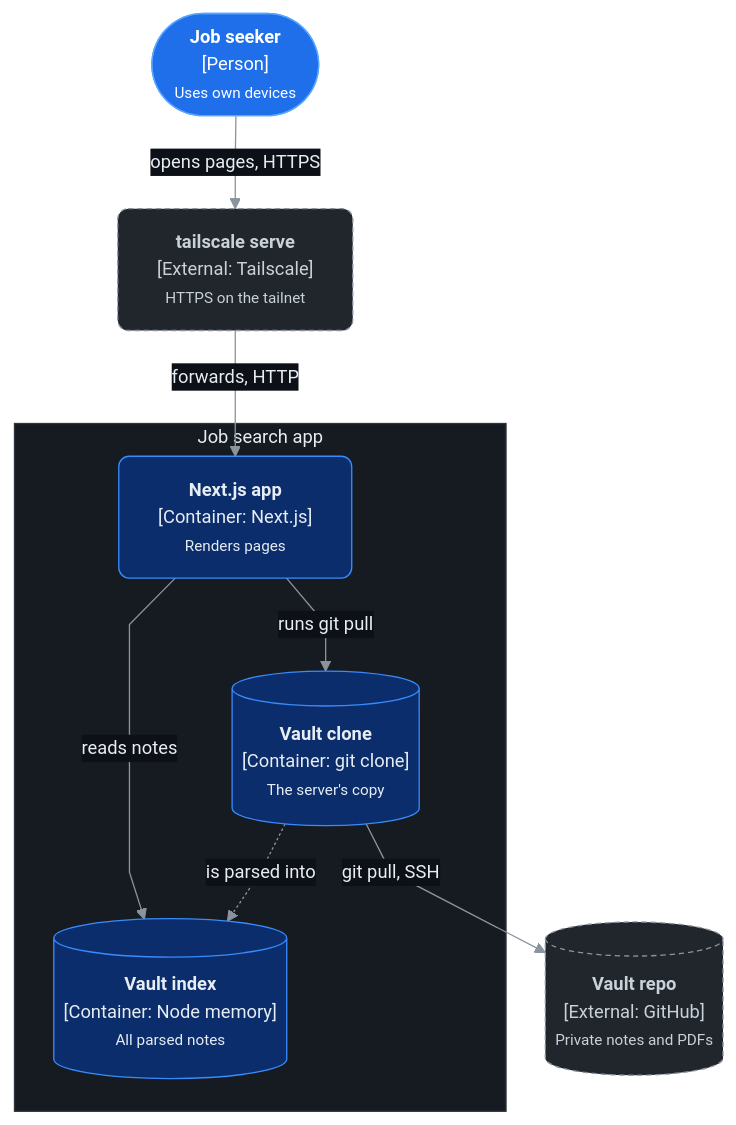
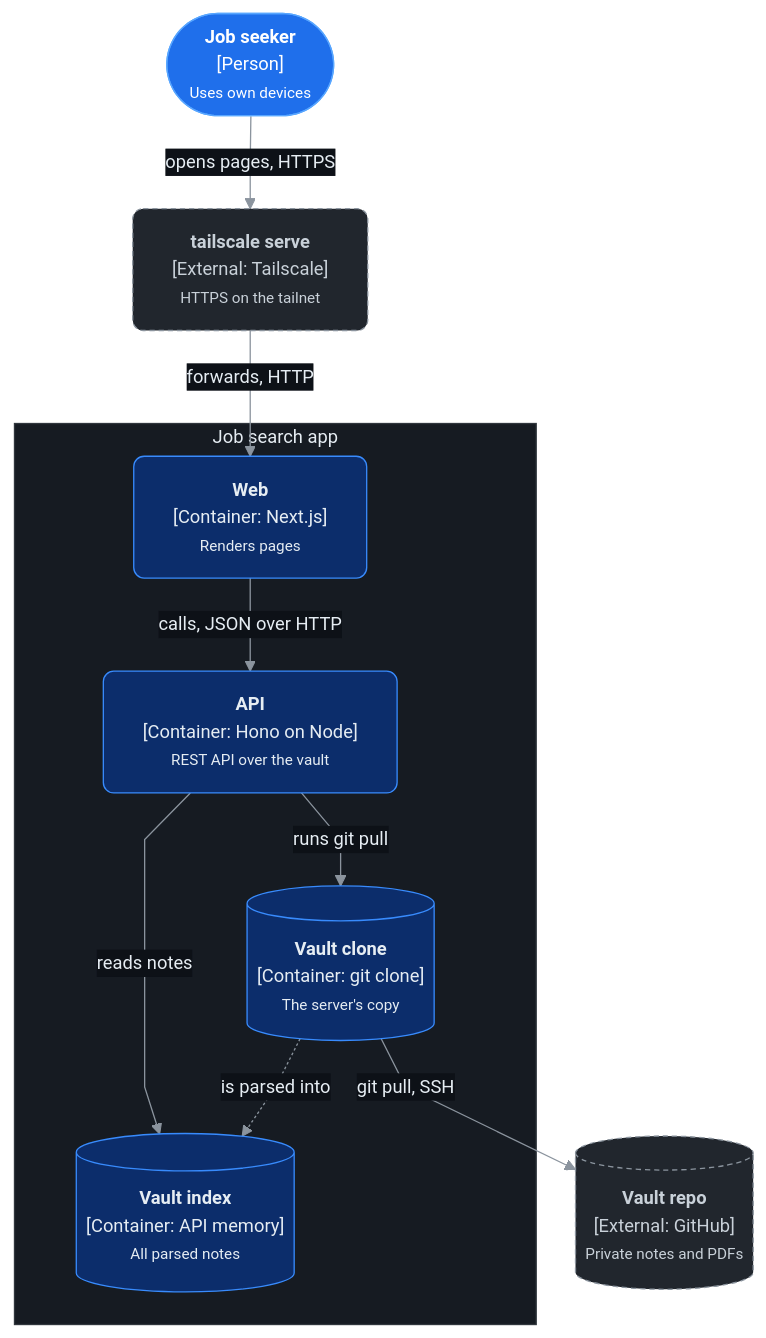
Before and after one commit to lyeyixian/job-search-app: the second of 2 diagrams in docs/architecture/README.md, drawn with Mermaid. The commit also changed other lines of this file and 10 other files, not shown here.

First line of the commit message:
Redraw the architecture for two services

````diff
--- a/docs/architecture/README.md
+++ b/docs/architecture/README.md
@@ -50,28 +50,30 @@
 ```mermaid
 %%{init: {"theme":"base","themeVariables":{"fontFamily":"system-ui, sans-serif","fontSize":"14px","lineColor":"#8b949e","clusterBkg":"#161b22","clusterBorder":"#30363d","edgeLabelBackground":"#0d1117","primaryTextColor":"#e6edf3","titleColor":"#e6edf3"},"flowchart":{"curve":"linear","nodeSpacing":40,"rankSpacing":50}}}%%
 flowchart TB
     user(["<b>Job seeker</b><br/>[Person]<br/><small>Uses own devices</small>"]):::person
     serve["<b>tailscale serve</b><br/>[External: Tailscale]<br/><small>HTTPS on the tailnet</small>"]:::external
 
     subgraph system["Job search app"]
-        next["<b>Next.js app</b><br/>[Container: Next.js]<br/><small>Renders pages</small>"]:::container
-        index[("<b>Vault index</b><br/>[Container: Node memory]<br/><small>All parsed notes</small>")]:::store
+        web["<b>Web</b><br/>[Container: Next.js]<br/><small>Renders pages</small>"]:::container
+        api["<b>API</b><br/>[Container: Hono on Node]<br/><small>REST API over the vault</small>"]:::container
+        index[("<b>Vault index</b><br/>[Container: API memory]<br/><small>All parsed notes</small>")]:::store
         clone[("<b>Vault clone</b><br/>[Container: git clone]<br/><small>The server's copy</small>")]:::store
     end
 
     github[("<b>Vault repo</b><br/>[External: GitHub]<br/><small>Private notes and PDFs</small>")]:::external
 
     user -- "opens pages, HTTPS" --> serve
-    serve -- "forwards, HTTP" --> next
-    next -- "reads notes" --> index
+    serve -- "forwards, HTTP" --> web
+    web -- "calls, JSON over HTTP" --> api
+    api -- "reads notes" --> index
     clone -. "is parsed into" .-> index
-    next -- "runs git pull" --> clone
+    api -- "runs git pull" --> clone
     clone -- "git pull, SSH" --> github
 
     classDef person fill:#1f6feb,stroke:#58a6ff,color:#ffffff,rx:8,ry:8
     classDef system fill:#1f6feb,stroke:#58a6ff,color:#ffffff,rx:8,ry:8
     classDef container fill:#0c2d6b,stroke:#388bfd,color:#e6edf3,rx:8,ry:8
     classDef component fill:#0c2d6b,stroke:#388bfd,color:#e6edf3,rx:8,ry:8
     classDef store fill:#0c2d6b,stroke:#388bfd,color:#e6edf3
     classDef external fill:#21262d,stroke:#8b949e,color:#c9d1d9,stroke-dasharray:4 3,rx:8,ry:8
 ```
````
